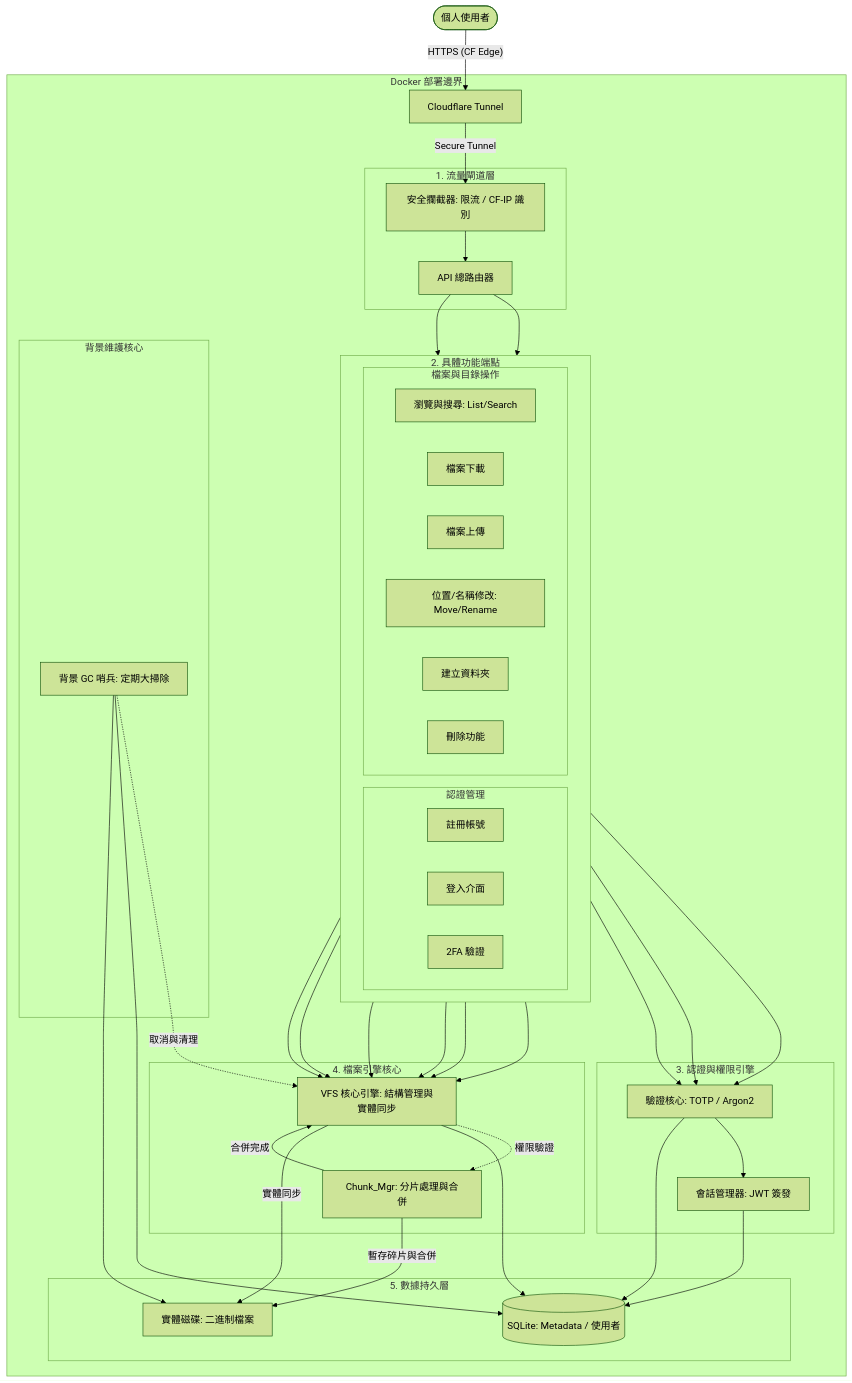
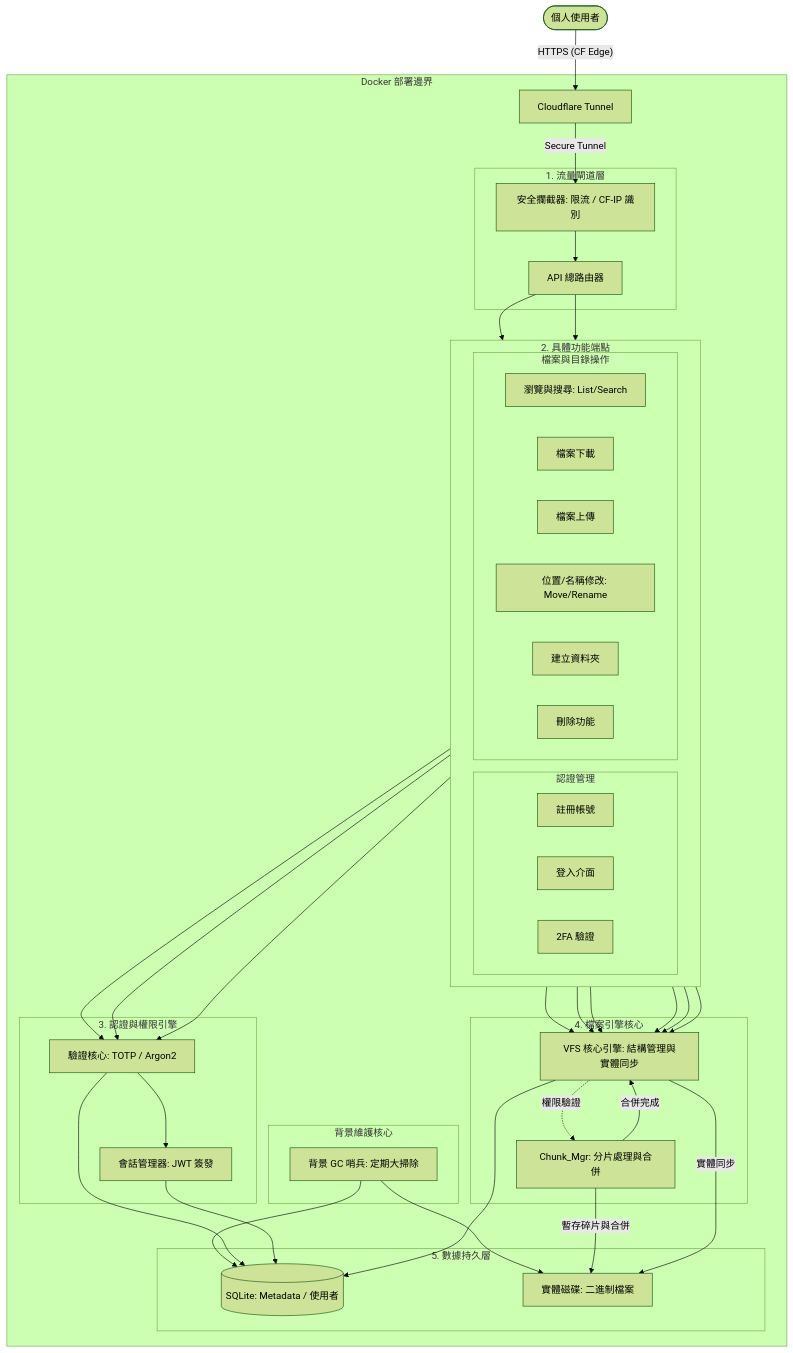
One commit to Salt-Shio/FileBrowser changed the diagram in README.md. Above: the diagram before and after it, drawn with Mermaid (forest theme).

Commit message:
docs: 更新 README 系統架構圖與 GC 關係描述

```diff
--- a/README.md
+++ b/README.md
@@ -81,7 +81,6 @@
     EP_Delete --> VFS_Engine
 
     %% 背景 GC 哨兵運作關聯
-    GC_Sentinel -. 取消與清理 .-> VFS_Engine
     GC_Sentinel --> DB
     GC_Sentinel --> Disk
 
```
